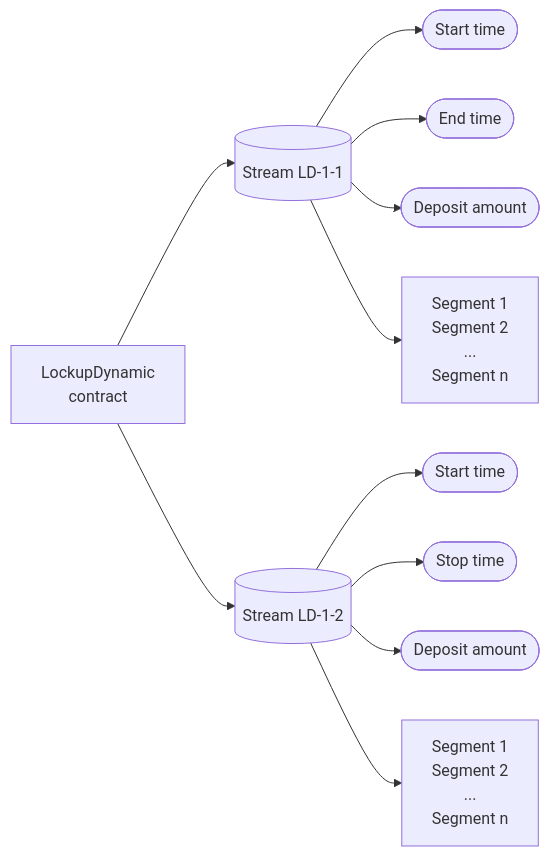
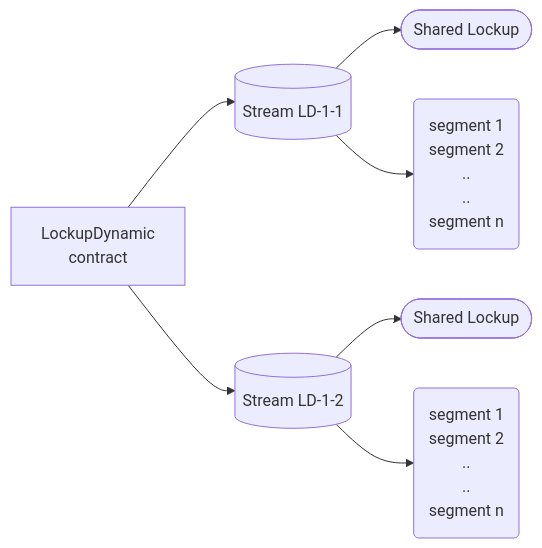
The third of 7 diagrams in docs/contracts/v2/reference/02-diagrams.md (sablier-labs/docs), drawn with Mermaid before and after one commit. The commit also changed other lines of this file and 154 other files, not shown here.

````diff
--- a/docs/contracts/v2/reference/02-diagrams.md
+++ b/docs/contracts/v2/reference/02-diagrams.md
@@ -48,32 +79,28 @@
 ```mermaid
 flowchart LR;
   C["LockupDynamic\ncontract"];
   S0[(Stream LD-1-1)];
-  P0([Start time]);
-  P1([End time]);
-  P2([Deposit amount]);
-  P3["Segment 1
-  Segment 2
-  ...
-  Segment n"]
-
+  P0([Shared Lockup]);
+  segments0(segment 1
+            segment 2
+            ..
+            ..
+            segment n
+            );
   S0 --> P0;
-  S0 --> P1;
-  S0 --> P2;
-  S0 --> P3;
+  S0 --> segments0;
   C --> S0;
 
+  C["LockupDynamic\ncontract"];
   S1[(Stream LD-1-2)];
-  P4([Start time]);
-  P5([Stop time]);
-  P6([Deposit amount]);
-  P7["Segment 1
-  Segment 2
-  ...
-  Segment n"]
-  S1 --> P4;
-  S1 --> P5;
-  S1 --> P6;
-  S1 --> P7;
+  P2([Shared Lockup]);
+  segments1(segment 1
+            segment 2
+            ..
+            ..
+            segment n
+          );
+  S1 --> P2;
+  S1 --> segments1;
   C --> S1;
 ```
````
